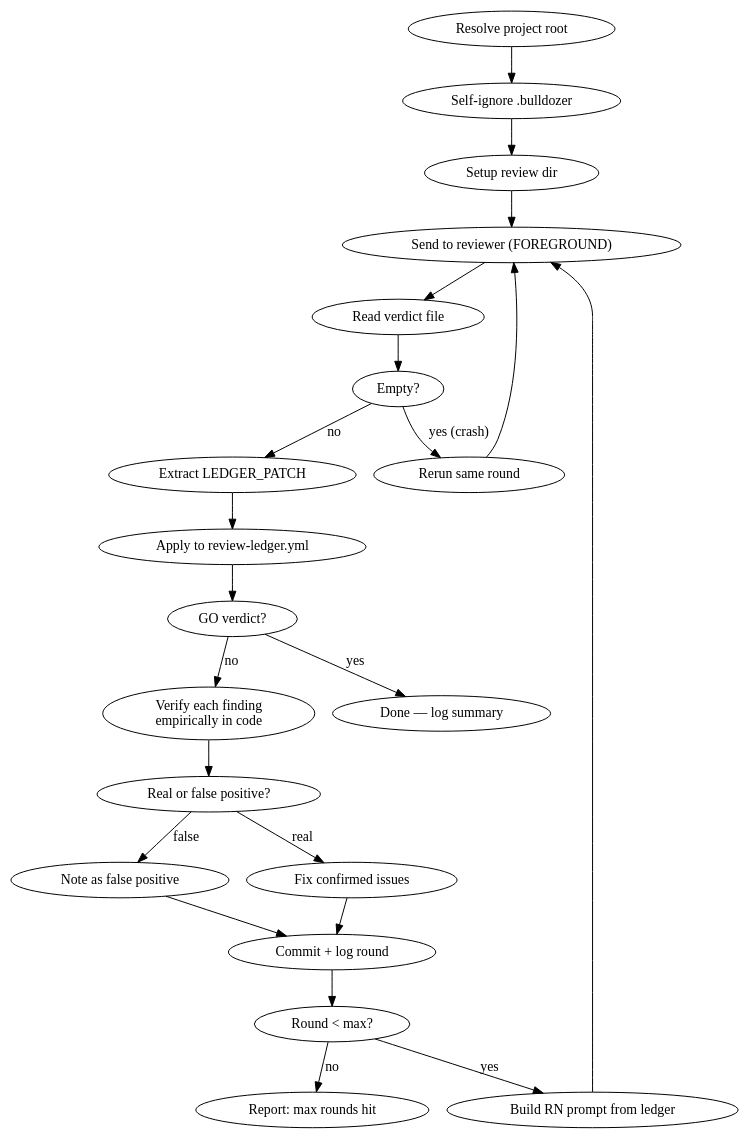
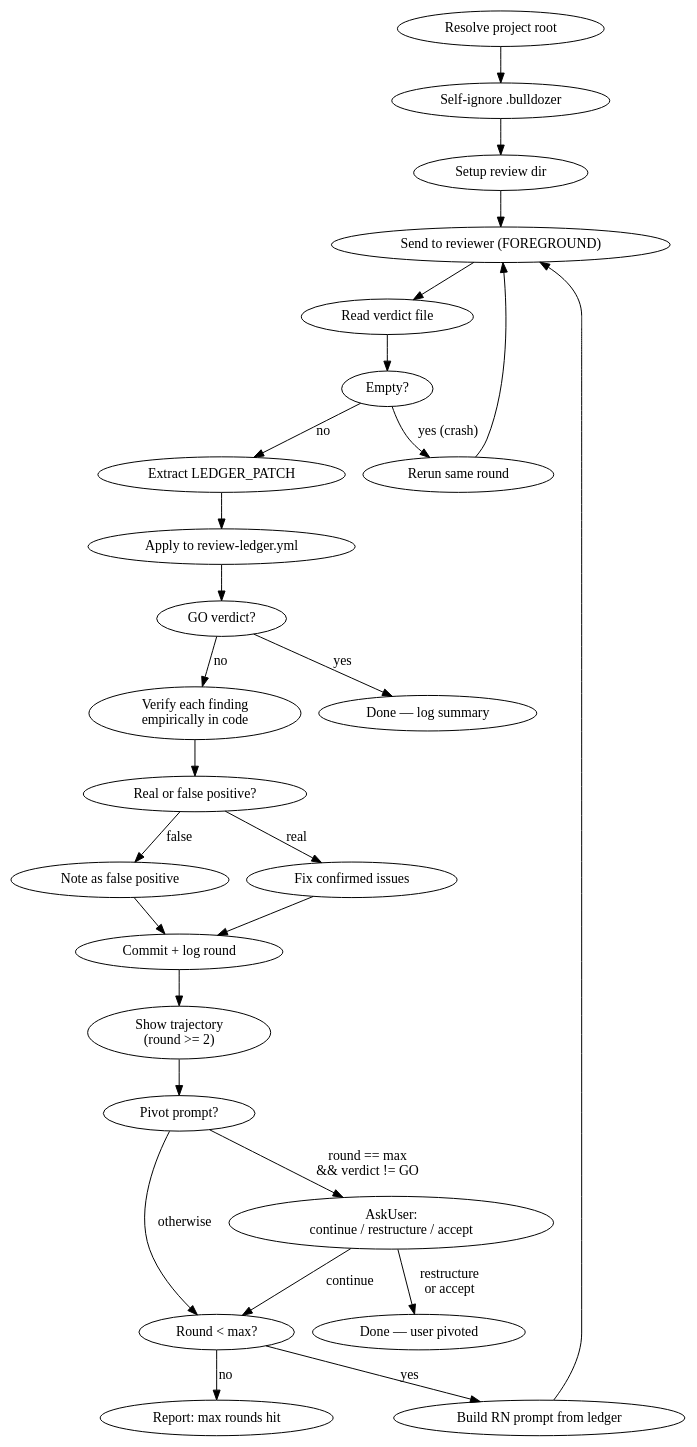
The diagram in plugins/bulldozer/skills/check/SKILL.md (A3IO/jaine-custom-marketplace), drawn with Graphviz before and after one commit. The commit also changed other lines of this file and 36 other files, not shown here.

````diff
--- a/plugins/bulldozer/skills/check/SKILL.md
+++ b/plugins/bulldozer/skills/check/SKILL.md
@@ -119,26 +117,31 @@
 ```dot
 digraph review_loop {
   rankdir=TB;
   "Resolve project root" -> "Self-ignore .bulldozer";
   "Self-ignore .bulldozer" -> "Setup review dir";
   "Setup review dir" -> "Send to reviewer (FOREGROUND)";
   "Send to reviewer (FOREGROUND)" -> "Read verdict file";
   "Read verdict file" -> "Empty?" [label=""];
   "Empty?" -> "Rerun same round" [label="yes (crash)"];
   "Rerun same round" -> "Send to reviewer (FOREGROUND)";
   "Empty?" -> "Extract LEDGER_PATCH" [label="no"];
   "Extract LEDGER_PATCH" -> "Apply to review-ledger.yml";
   "Apply to review-ledger.yml" -> "GO verdict?";
   "GO verdict?" -> "Done — log summary" [label="yes"];
   "GO verdict?" -> "Verify each finding\nempirically in code" [label="no"];
   "Verify each finding\nempirically in code" -> "Real or false positive?";
   "Real or false positive?" -> "Fix confirmed issues" [label="real"];
   "Real or false positive?" -> "Note as false positive" [label="false"];
   "Fix confirmed issues" -> "Commit + log round";
   "Note as false positive" -> "Commit + log round";
-  "Commit + log round" -> "Round < max?" [label=""];
+  "Commit + log round" -> "Show trajectory\n(round >= 2)";
+  "Show trajectory\n(round >= 2)" -> "Pivot prompt?" [label=""];
+  "Pivot prompt?" -> "AskUser:\ncontinue / restructure / accept" [label="round == max\n&& verdict != GO"];
+  "Pivot prompt?" -> "Round < max?" [label="otherwise"];
+  "AskUser:\ncontinue / restructure / accept" -> "Round < max?" [label="continue"];
+  "AskUser:\ncontinue / restructure / accept" -> "Done — user pivoted" [label="restructure\nor accept"];
   "Round < max?" -> "Build RN prompt from ledger" [label="yes"];
   "Build RN prompt from ledger" -> "Send to reviewer (FOREGROUND)";
   "Round < max?" -> "Report: max rounds hit" [label="no"];
 }
 ```
````
